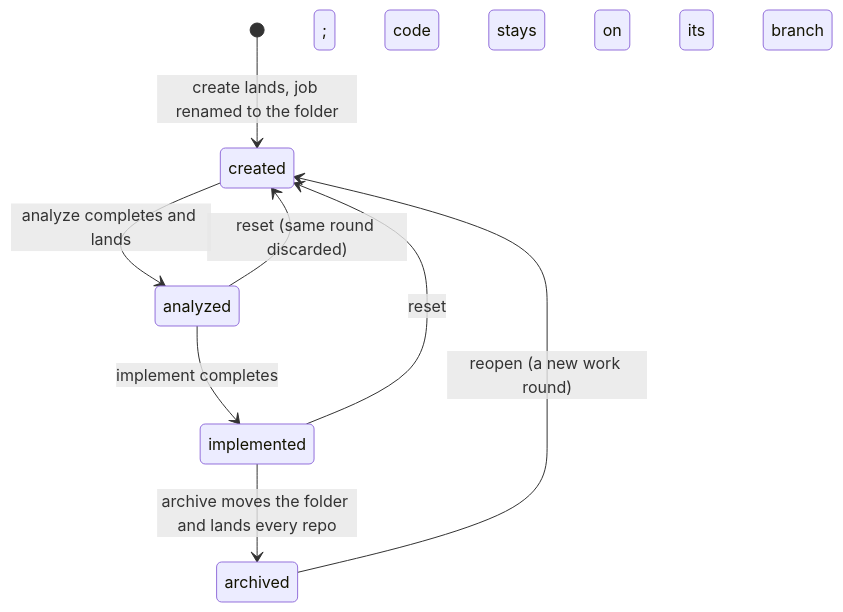
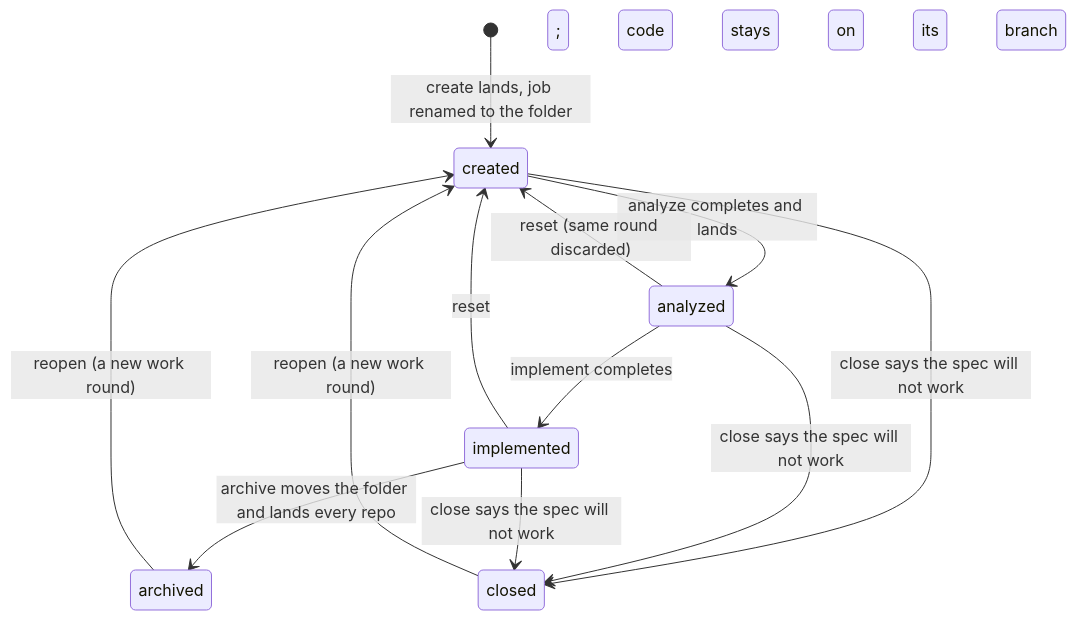
Before and after one commit to ragnarwestad/aide: the diagram in dashboard/docs/spec-lifecycle.md, drawn with Mermaid. The commit also changed other lines of this file and 60 other files, not shown here.

Commit message:
Run /aide-implement for 406-a-spec-that-is-not-going-to-work-can-be-closed (headless) (model: claude sonnet)

````diff
--- a/dashboard/docs/spec-lifecycle.md
+++ b/dashboard/docs/spec-lifecycle.md
@@ -65,10 +66,14 @@
 ```mermaid
 stateDiagram-v2
     [*] --> created: create lands, job renamed to the folder
     created --> analyzed: analyze completes and lands
     analyzed --> implemented: implement completes; code stays on its branch
     implemented --> archived: archive moves the folder and lands every repo
     archived --> created: reopen (a new work round)
     analyzed --> created: reset (same round discarded)
     implemented --> created: reset
+    created --> closed: close says the spec will not work
+    analyzed --> closed: close says the spec will not work
+    implemented --> closed: close says the spec will not work
+    closed --> created: reopen (a new work round)
 ```
````
